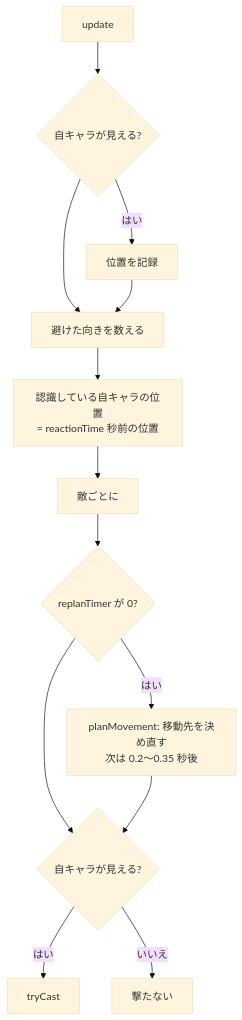
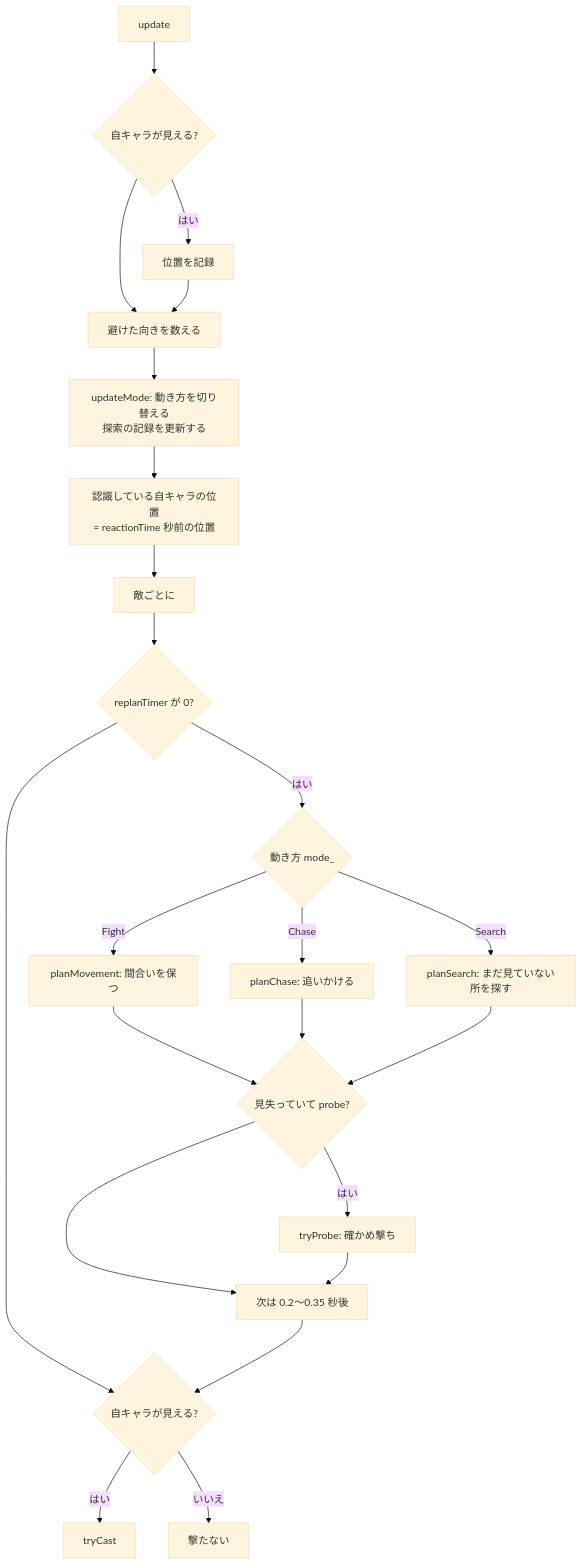
The second of 3 diagrams in docs/design/16-game-ai.md (Sortorow/moba-trainer), drawn with Mermaid (base theme) before and after one commit. The commit also changed other lines of this file and 33 other files, not shown here.

````diff
--- a/docs/design/16-game-ai.md
+++ b/docs/design/16-game-ai.md
@@ -134,15 +142,23 @@
 ```mermaid
 flowchart TD
     A[update] --> B{自キャラが見える?}
     B -->|はい| C[位置を記録]
     B --> D[避けた向きを数える]
     C --> D
-    D --> E[認識している自キャラの位置<br/>= reactionTime 秒前の位置]
+    D --> U[updateMode: 動き方を切り替える<br/>探索の記録を更新する]
+    U --> E[認識している自キャラの位置<br/>= reactionTime 秒前の位置]
     E --> F[敵ごとに]
     F --> G{replanTimer が 0?}
-    G -->|はい| H[planMovement: 移動先を決め直す<br/>次は 0.2〜0.35 秒後]
+    G -->|はい| M{動き方 mode_}
+    M -->|Fight| H[planMovement: 間合いを保つ]
+    M -->|Chase| N[planChase: 追いかける]
+    M -->|Search| S[planSearch: まだ見ていない所を探す]
+    H & N & S --> P{見失っていて probe?}
+    P -->|はい| Q[tryProbe: 確かめ撃ち]
+    P --> R[次は 0.2〜0.35 秒後]
+    Q --> R
     G --> J{自キャラが見える?}
-    H --> J
+    R --> J
     J -->|はい| I[tryCast]
     J -->|いいえ| K[撃たない]
 ```
````
